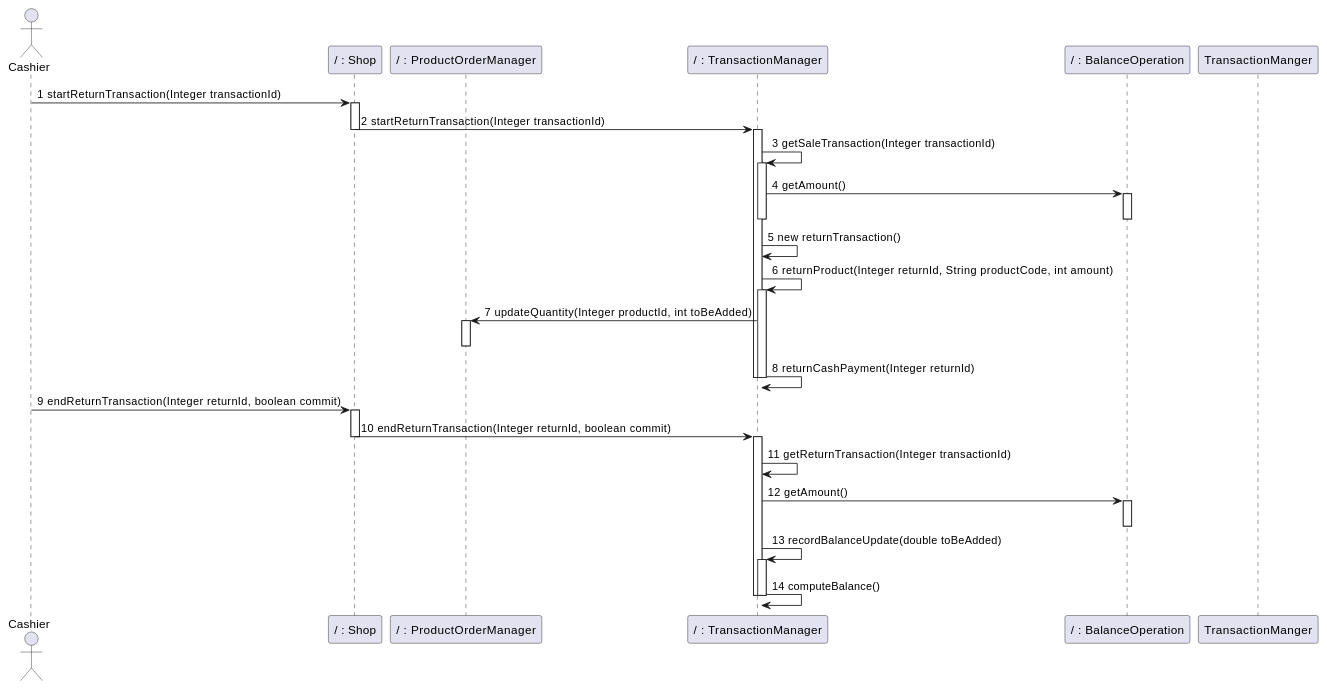
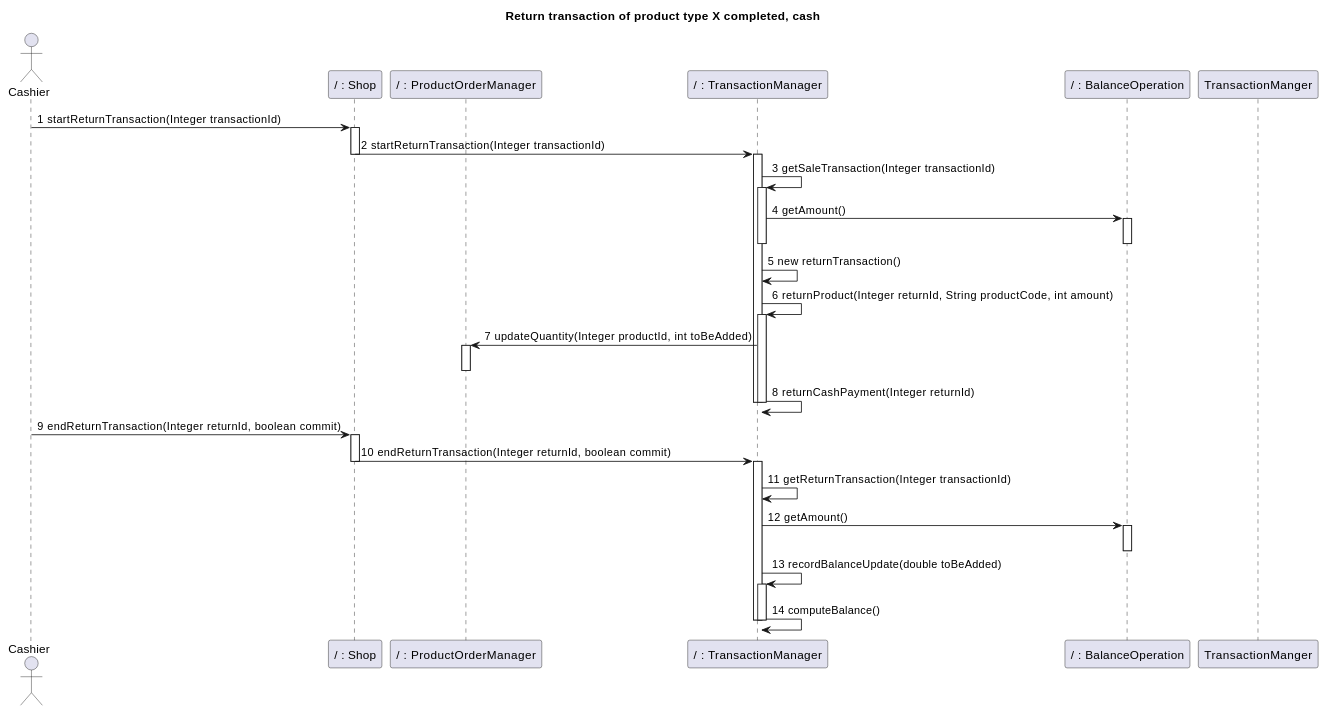
Diagram 29 of 32 in Deliverables/DesignDocument.md (nicolabattaglino/ezshop), drawn with PlantUML before and after one commit. The commit also changed other lines of this file, not shown here.

````diff
--- a/Deliverables/DesignDocument.md
+++ b/Deliverables/DesignDocument.md
@@ -1395,46 +1424,52 @@
 ```plantuml
 @startuml
+
+title
+Return transaction of product type X completed, cash
+end title
+
+
 actor Cashier
 participant "/ : Shop" as Shop
 participant "/ : ProductOrderManager" as ProductOrderManager
 participant "/ : TransactionManager" as TransactionManager
 participant "/ : BalanceOperation" as BalanceOperation
 Cashier -> Shop :1 startReturnTransaction(Integer transactionId)
 activate Shop
 Shop -> TransactionManager:2 startReturnTransaction(Integer transactionId)
 Deactivate Shop
 activate TransactionManager
 TransactionManager -> TransactionManager:3 getSaleTransaction(Integer transactionId)
 activate TransactionManager
 TransactionManager -> BalanceOperation :4 getAmount()
 activate BalanceOperation
 deactivate BalanceOperation
 deactivate TransactionManager
 TransactionManager -> TransactionManager:5 new returnTransaction()
 TransactionManager -> TransactionManager:6 returnProduct(Integer returnId, String productCode, int amount)
 activate TransactionManager
 TransactionManager -> ProductOrderManager:7 updateQuantity(Integer productId, int toBeAdded)
 activate ProductOrderManager
 deactivate ProductOrderManager
 TransactionManager -> TransactionManager:8 returnCashPayment(Integer returnId)
 deactivate TransactionManager 
 deactivate TransactionManager
 Cashier -> Shop :9 endReturnTransaction(Integer returnId, boolean commit)
 activate Shop
 Shop -> TransactionManager:10 endReturnTransaction(Integer returnId, boolean commit)
 deactivate Shop
 activate TransactionManager
 TransactionManager -> TransactionManager:11 getReturnTransaction(Integer transactionId)
 TransactionManager -> BalanceOperation :12 getAmount()
 activate BalanceOperation
 deactivate BalanceOperation
 deactivate TransactionManger 
 TransactionManager -> TransactionManager:13 recordBalanceUpdate(double toBeAdded)
 activate TransactionManager
 TransactionManager -> TransactionManager:14 computeBalance()
 deactivate TransactionManager
 deactivate TransactionManager
 deactivate TransactionManager 
 
 @enduml
 ```
````
